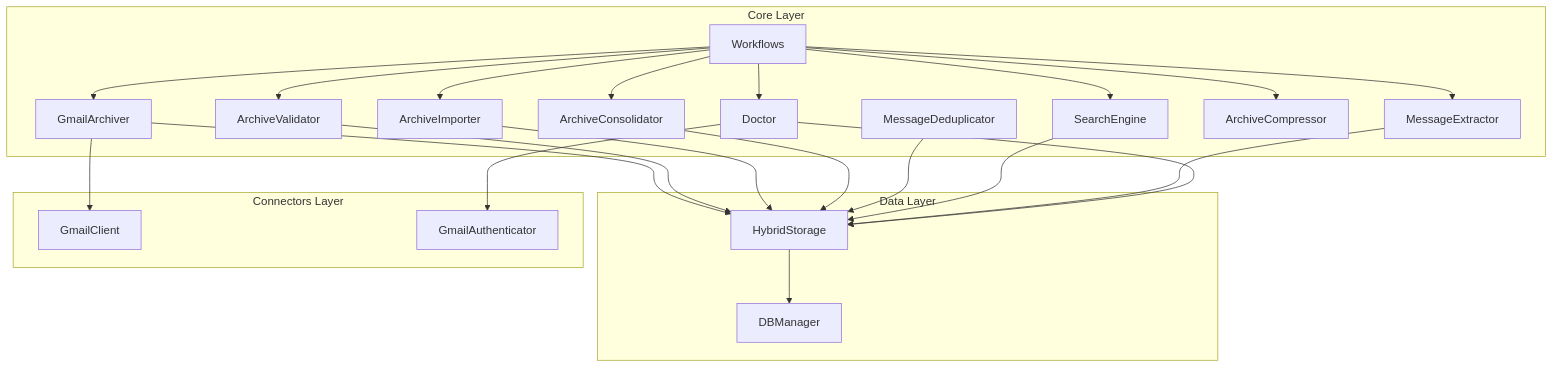
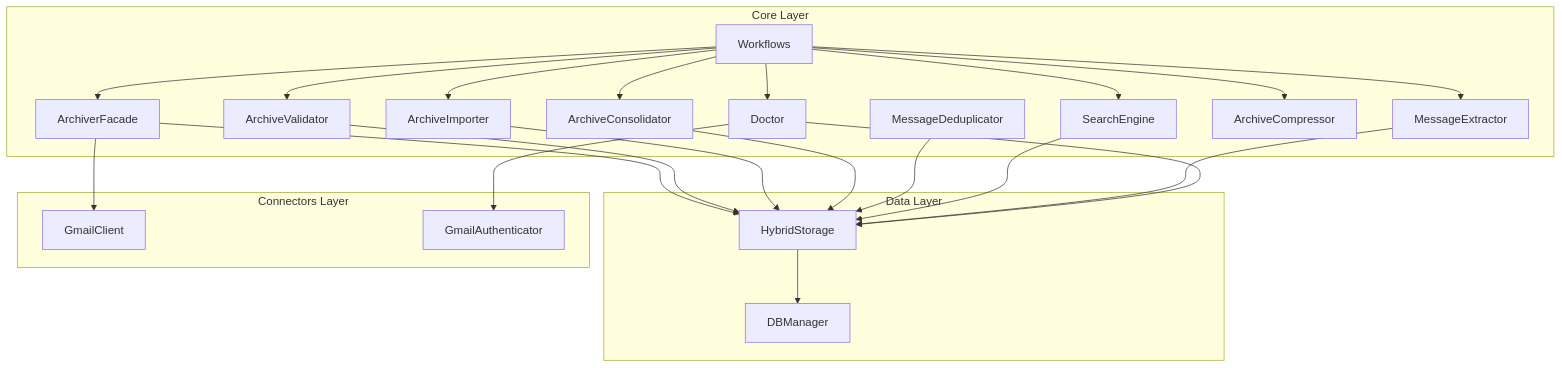
Before and after one commit to tumma72/GMailArchiver: diagram 12 of 13 in src/gmailarchiver/core/ARCHITECTURE.md, drawn with Mermaid. The commit also changed other lines of this file and 81 other files, not shown here.

````diff
--- a/src/gmailarchiver/core/ARCHITECTURE.md
+++ b/src/gmailarchiver/core/ARCHITECTURE.md
@@ -218,45 +251,45 @@
 ```mermaid
 graph TB
     subgraph "Core Layer"
-        ARCH[GmailArchiver]
+        ARCH[ArchiverFacade]
         VAL[ArchiveValidator]
         IMP[ArchiveImporter]
         CON[ArchiveConsolidator]
         DED[MessageDeduplicator]
         SEARCH[SearchEngine]
         EXT[MessageExtractor]
         COMP[ArchiveCompressor]
         DOC[Doctor]
         WORKFLOWS[Workflows]
     end
 
     subgraph "Data Layer"
         DB[DBManager]
         HS[HybridStorage]
     end
 
     subgraph "Connectors Layer"
         GMAIL[GmailClient]
         AUTH[GmailAuthenticator]
     end
 
     ARCH --> GMAIL
     ARCH --> HS
     VAL --> HS
     IMP --> HS
     CON --> HS
     DED --> HS
     SEARCH --> HS
     EXT --> HS
     DOC --> HS
     DOC --> AUTH
     WORKFLOWS --> ARCH
     WORKFLOWS --> VAL
     WORKFLOWS --> IMP
     WORKFLOWS --> CON
     WORKFLOWS --> SEARCH
     WORKFLOWS --> EXT
     WORKFLOWS --> COMP
     WORKFLOWS --> DOC
     HS --> DB
 ```
````
